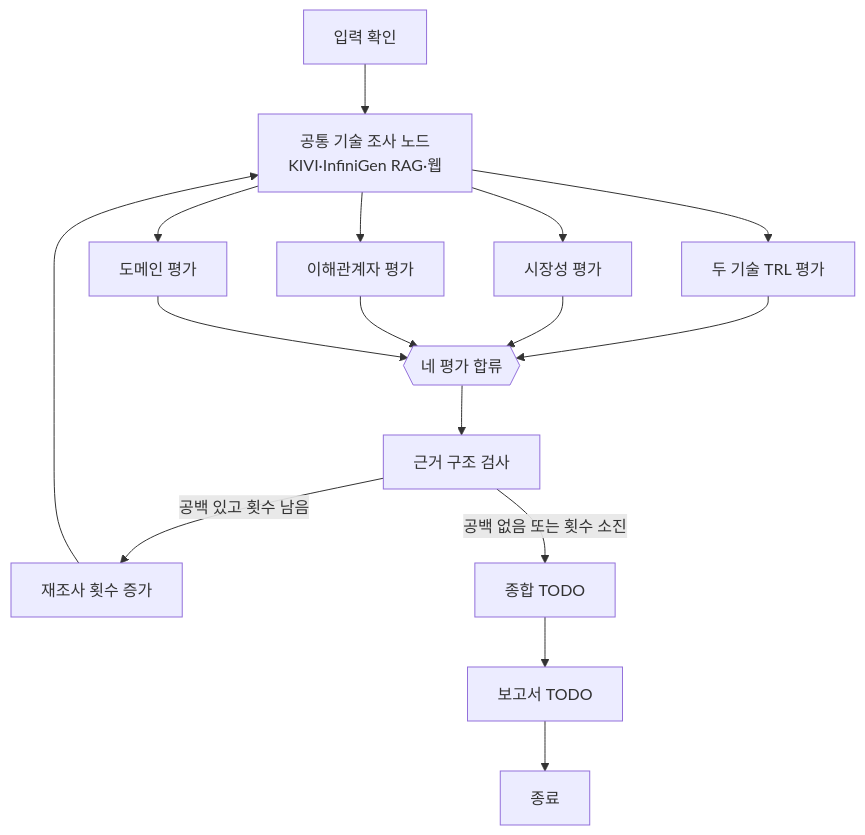
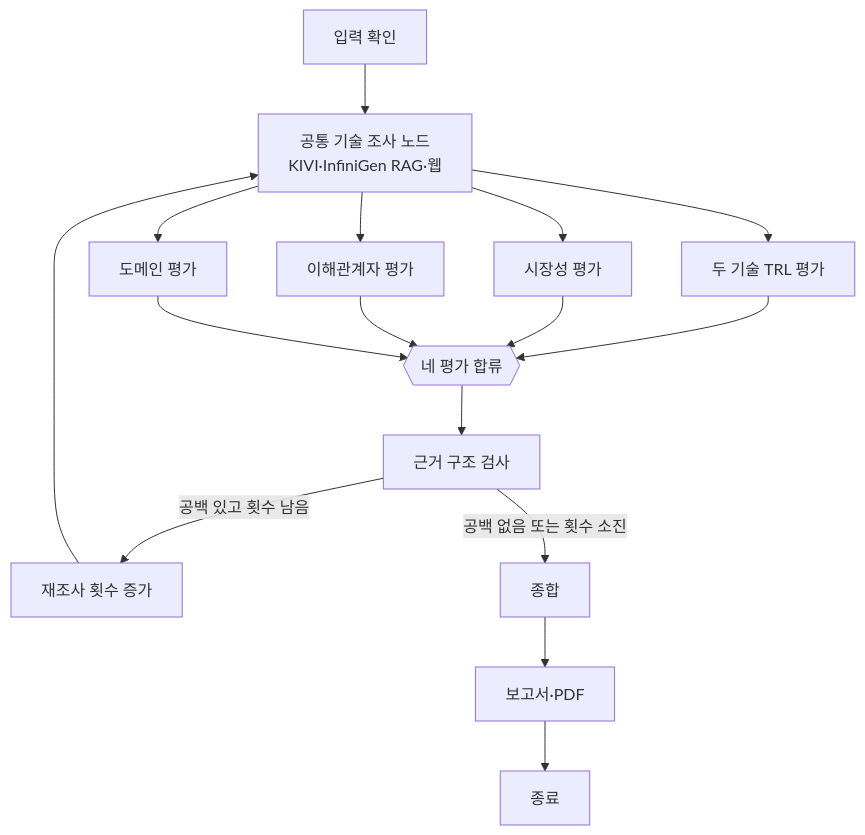
Before and after one commit to bmh7190/SKALA-RAG-KV-cache: the diagram in README.md, drawn with Mermaid. The commit also changed other lines of this file and 10 other files, not shown here.

````diff
--- a/README.md
+++ b/README.md
@@ -76,18 +79,18 @@
 ```mermaid
 flowchart TD
     I[입력 확인] --> R[공통 기술 조사 노드<br/>KIVI·InfiniGen RAG·웹]
     R --> T[두 기술 TRL 평가]
     R --> M[시장성 평가]
     R --> S[이해관계자 평가]
     R --> D[도메인 평가]
     T --> G{{네 평가 합류}}
     M --> G
     S --> G
     D --> G
     G --> C[근거 구조 검사]
     C -->|공백 있고 횟수 남음| N[재조사 횟수 증가]
     N --> R
-    C -->|공백 없음 또는 횟수 소진| Y[종합 TODO]
-    Y --> P[보고서 TODO]
+    C -->|공백 없음 또는 횟수 소진| Y[종합]
+    Y --> P[보고서·PDF]
     P --> E[종료]
 ```
````
